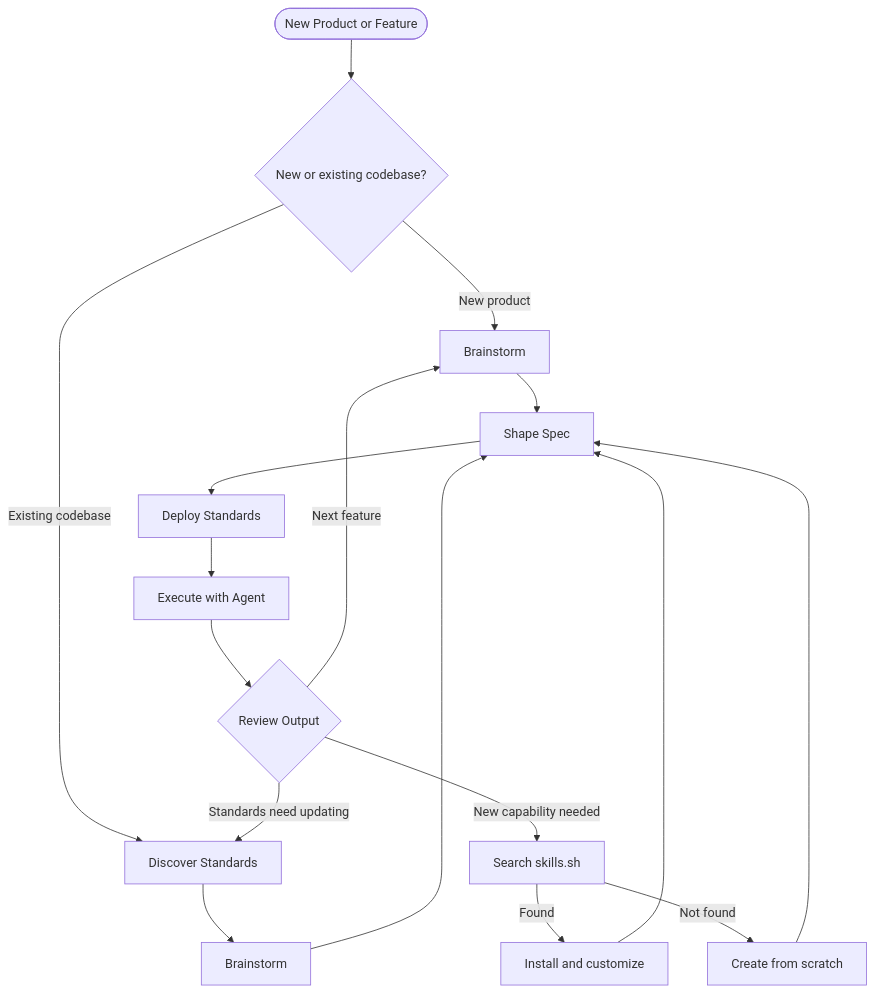
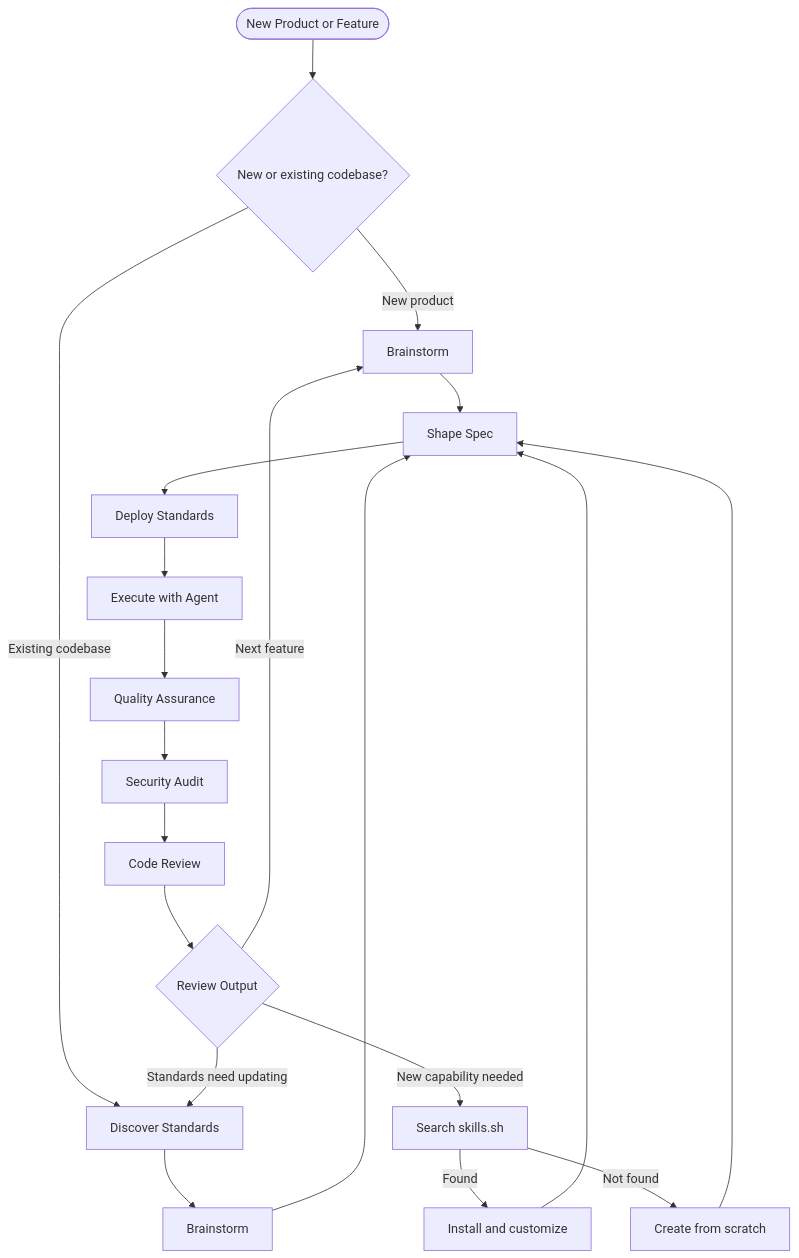
One commit to gj1342/blueprint-os changed the diagram in README.md. Above: the diagram before and after it, drawn with Mermaid.

Commit message:
docs: Update README to include QA, security audit, and code review steps in the workflow

````diff
--- a/README.md
+++ b/README.md
@@ -23,19 +23,22 @@
 ```mermaid
 flowchart TD
     Start([New Product or Feature]) --> IsNew{New or existing codebase?}
     IsNew -->|New product| Brainstorm[Brainstorm]
     IsNew -->|Existing codebase| DiscoverStandards[Discover Standards]
     DiscoverStandards --> BrainstormExisting[Brainstorm]
     Brainstorm --> ShapeSpec[Shape Spec]
     BrainstormExisting --> ShapeSpec
     ShapeSpec --> DeployStandards[Deploy Standards]
     DeployStandards --> Execute[Execute with Agent]
-    Execute --> Review{Review Output}
+    Execute --> QA[Quality Assurance]
+    QA --> SEC[Security Audit]
+    SEC --> REV[Code Review]
+    REV --> Review{Review Output}
     Review -->|Standards need updating| DiscoverStandards
     Review -->|Next feature| Brainstorm
     Review -->|New capability needed| SearchSkillssh[Search skills.sh]
     SearchSkillssh -->|Found| InstallSkill[Install and customize]
     SearchSkillssh -->|Not found| CreateSkill[Create from scratch]
     InstallSkill --> ShapeSpec
     CreateSkill --> ShapeSpec
 ```
````
